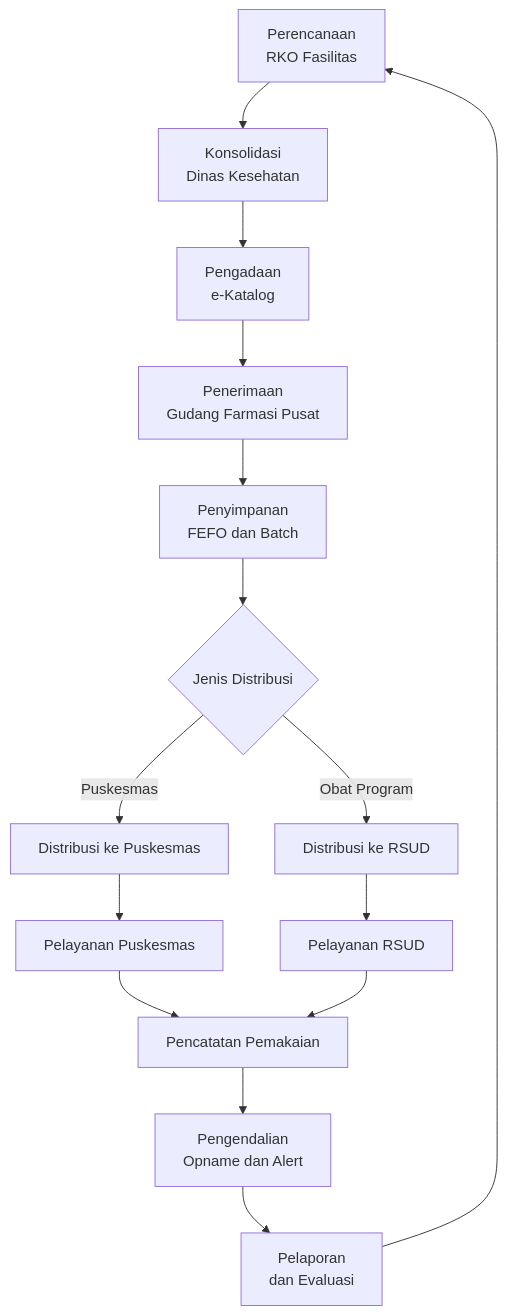
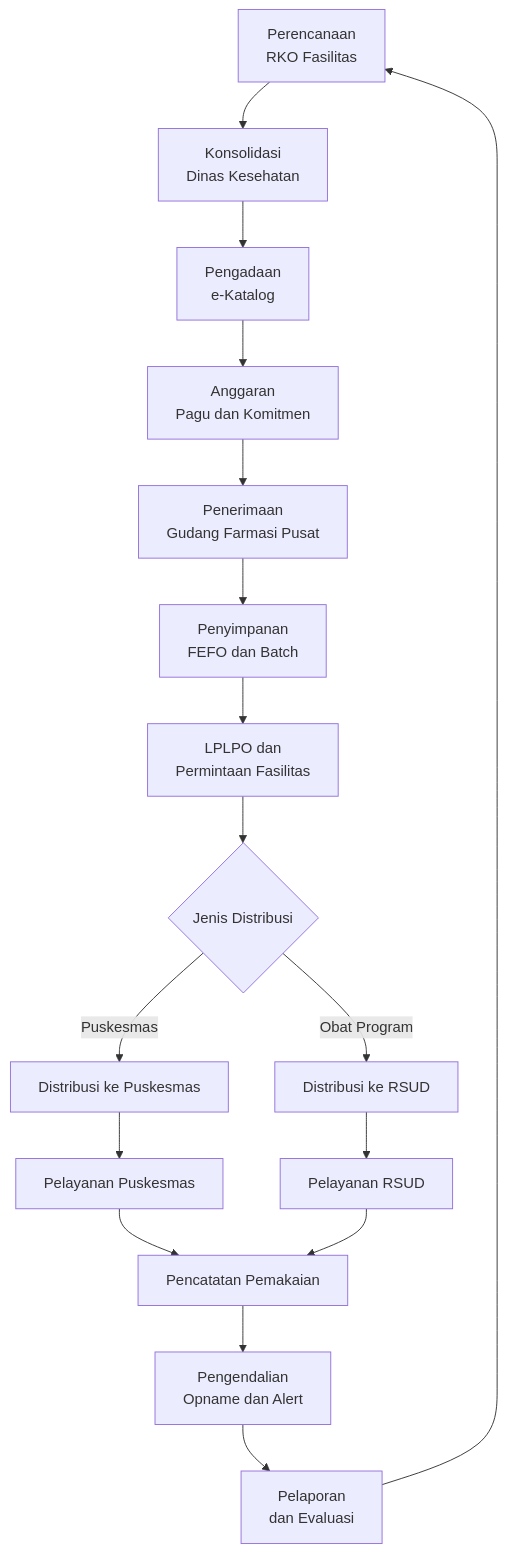
One commit to enginermagang-hue/dinkes changed the third of 11 diagrams in docs/PRD.md. Above: the diagram before and after it, drawn with Mermaid. The commit also changed other lines of this file and 13 other files, not shown here.

First line of the commit message:
docs: sync PRD, data model, API contract, and diagrams

````diff
--- a/docs/PRD.md
+++ b/docs/PRD.md
@@ -276,17 +278,19 @@
 ```mermaid
 flowchart TD
     A["Perencanaan<br/>RKO Fasilitas"] --> B["Konsolidasi<br/>Dinas Kesehatan"]
     B --> C["Pengadaan<br/>e-Katalog"]
-    C --> D["Penerimaan<br/>Gudang Farmasi Pusat"]
+    C --> ANG["Anggaran<br/>Pagu dan Komitmen"]
+    ANG --> D["Penerimaan<br/>Gudang Farmasi Pusat"]
     D --> E["Penyimpanan<br/>FEFO dan Batch"]
-    E --> F{"Jenis Distribusi"}
+    E --> LPL["LPLPO dan<br/>Permintaan Fasilitas"]
+    LPL --> F{"Jenis Distribusi"}
     F -->|"Puskesmas"| G["Distribusi ke Puskesmas"]
     F -->|"Obat Program"| H["Distribusi ke RSUD"]
     G --> I["Pelayanan Puskesmas"]
     H --> J["Pelayanan RSUD"]
     I --> K["Pencatatan Pemakaian"]
     J --> K
     K --> L["Pengendalian<br/>Opname dan Alert"]
     L --> M["Pelaporan<br/>dan Evaluasi"]
     M --> A
 ```
````
